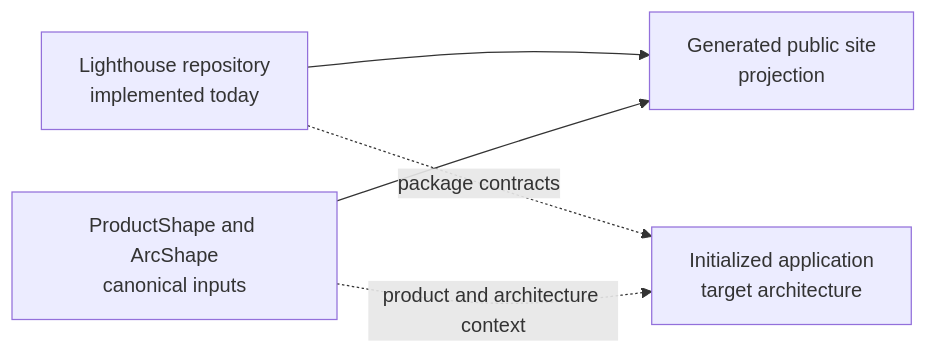
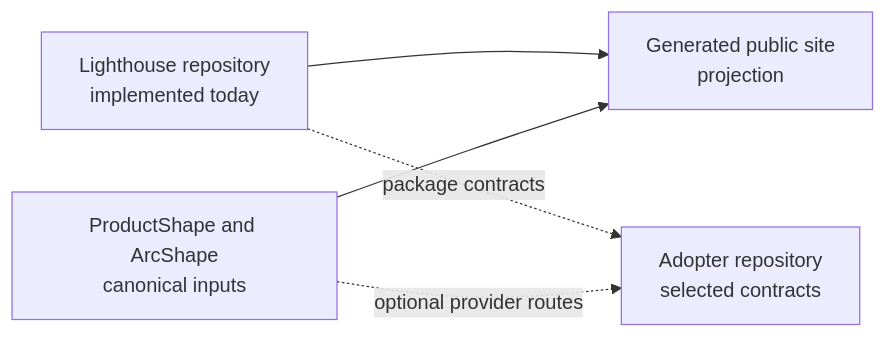
One commit to juangcarmona/lighthouse changed the diagram in docs/architecture/01-introduction-and-goals/README.md. Above: the diagram before and after it, drawn with Mermaid. The commit also changed other lines of this file and 13 other files, not shown here.

First line of the commit message:
docs(architecture): reconcile docs with implementation (#48)

````diff
--- a/docs/architecture/01-introduction-and-goals/README.md
+++ b/docs/architecture/01-introduction-and-goals/README.md
@@ -25,12 +27,12 @@
 ```mermaid
 flowchart LR
-    accTitle: Current Lighthouse repository and target initialized application
+    accTitle: Current Lighthouse repository and adopter contract
     current[Lighthouse repository<br/>implemented today]
     authorities[ProductShape and ArcShape<br/>canonical inputs]
     site[Generated public site<br/>projection]
-    target[Initialized application<br/>target architecture]
+    target[Adopter repository<br/>selected contracts]
     current --> site
     authorities --> site
     current -. package contracts .-> target
-    authorities -. product and architecture context .-> target
+    authorities -. optional provider routes .-> target
 ```
````
